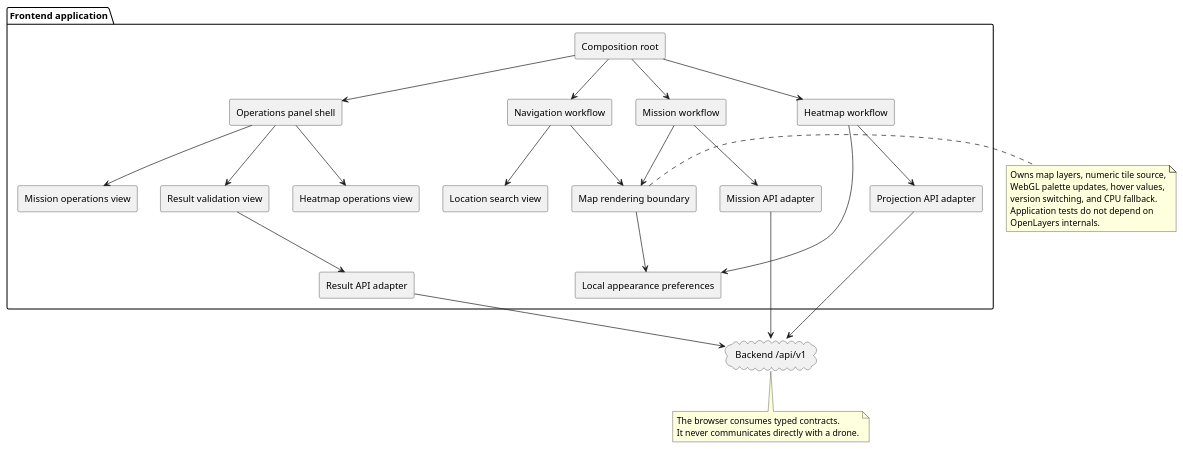
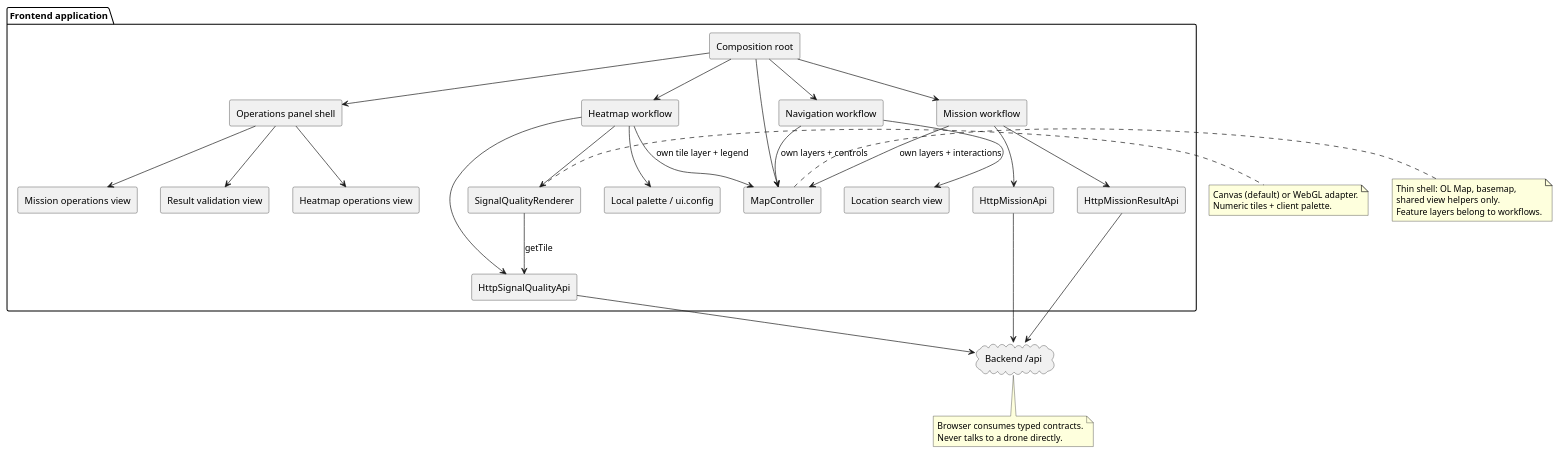
Before and after one commit to ademby/ddtp1: the diagram in docs/uml/0004-frontend-component-boundaries.puml, drawn with PlantUML. The commit also changed 10 other files, not shown here.

```diff
--- a/docs/uml/0004-frontend-component-boundaries.puml
+++ b/docs/uml/0004-frontend-component-boundaries.puml
@@ -1,55 +1,62 @@
 @startuml
 skinparam componentStyle rectangle
 
 package "Frontend application" {
   [Composition root] as Root
   [Operations panel shell] as Shell
   [Mission operations view] as Planning
   [Result validation view] as Validation
   [Heatmap operations view] as Analysis
   [Location search view] as Search
   [Navigation workflow] as Navigation
   [Mission workflow] as Mission
   [Heatmap workflow] as Heatmap
-  [Map rendering boundary] as Rendering
-  [Mission API adapter] as MissionApi
-  [Result API adapter] as ResultApi
-  [Projection API adapter] as ProjectionApi
-  [Local appearance preferences] as Preferences
+  [MapController] as MapCtl
+  [HttpMissionApi] as MissionApi
+  [HttpMissionResultApi] as ResultApi
+  [HttpSignalQualityApi] as SqApi
+  [SignalQualityRenderer] as Renderer
+  [Local palette / ui.config] as Preferences
 }
 
-cloud "Backend /api/v1" as Backend
+cloud "Backend /api" as Backend
 
 Root --> Shell
 Root --> Navigation
 Root --> Mission
 Root --> Heatmap
+Root --> MapCtl
 Shell --> Planning
 Shell --> Validation
 Shell --> Analysis
 Navigation --> Search
-Navigation --> Rendering
-Mission --> Rendering
+Navigation --> MapCtl : own layers + controls
+Mission --> MapCtl : own layers + interactions
 Mission --> MissionApi
-Validation --> ResultApi
-Heatmap --> ProjectionApi
+Mission --> ResultApi
+Heatmap --> MapCtl : own tile layer + legend
+Heatmap --> SqApi
+Heatmap --> Renderer
 Heatmap --> Preferences
-Rendering --> Preferences
+Renderer --> SqApi : getTile
 
 MissionApi --> Backend
 ResultApi --> Backend
-ProjectionApi --> Backend
+SqApi --> Backend
 
-note right of Rendering
-  Owns map layers, numeric tile source,
-  WebGL palette updates, hover values,
-  version switching, and CPU fallback.
-  Application tests do not depend on
-  OpenLayers internals.
+note right of MapCtl
+  Thin shell: OL Map, basemap,
+  shared view helpers only.
+  Feature layers belong to workflows.
+end note
+
+note right of Renderer
+  Canvas (default) or WebGL adapter.
+  Numeric tiles + client palette.
 end note
 
 note bottom of Backend
-  The browser consumes typed contracts.
-  It never communicates directly with a drone.
+  Browser consumes typed contracts.
+  Never talks to a drone directly.
 end note
 @enduml
```
